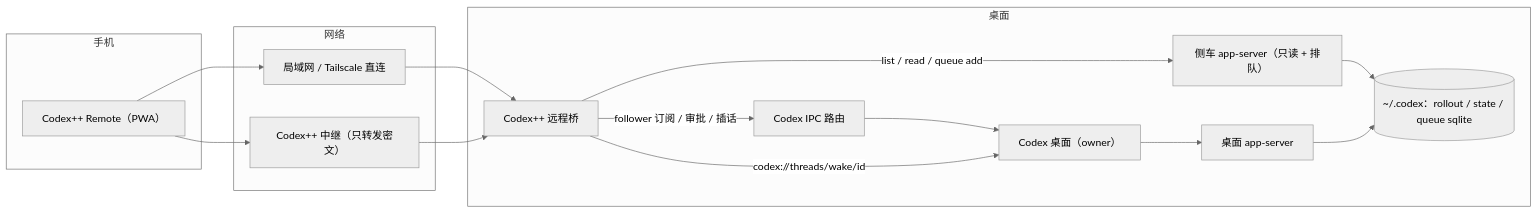
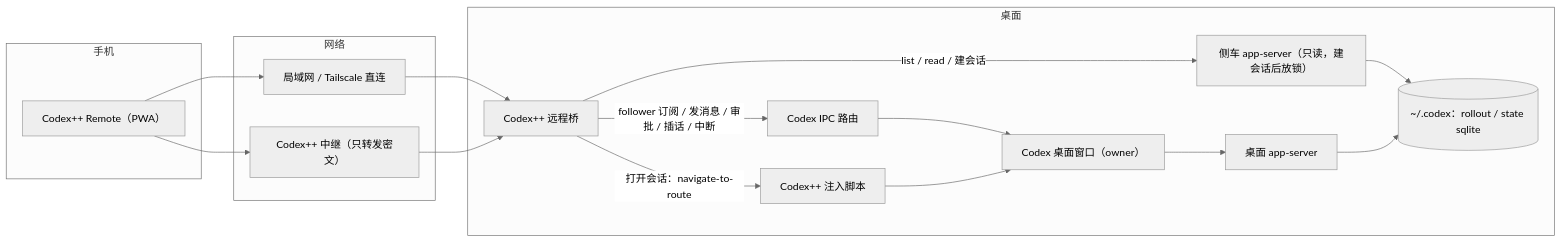
Before and after one commit to BigPizzaV3/CodexPlusPlus: the diagram in docs/reports/2026-11-15-remote-control-research.md, drawn with Mermaid (neutral theme). The commit also changed other lines of this file and 7 other files, not shown here.

First line of the commit message:
feat(remote-control): P0 协议验证——Codex IPC follower 参考实现与回归

````diff
--- a/docs/reports/2026-11-15-remote-control-research.md
+++ b/docs/reports/2026-11-15-remote-control-research.md
@@ -148,24 +153,25 @@
 ```mermaid
 flowchart LR
   subgraph Phone["手机"]
     PWA["Codex++ Remote（PWA）"]
   end
   subgraph Net["网络"]
     LAN["局域网 / Tailscale 直连"]
     Relay["Codex++ 中继（只转发密文）"]
   end
   subgraph Desktop["桌面"]
     Bridge["Codex++ 远程桥"]
-    Sidecar["侧车 app-server（只读 + 排队）"]
+    Sidecar["侧车 app-server（只读，建会话后放锁）"]
     IPC["Codex IPC 路由"]
-    Main["Codex 桌面（owner）"]
+    Inject["Codex++ 注入脚本"]
+    Main["Codex 桌面窗口（owner）"]
     AS["桌面 app-server"]
-    Store[("~/.codex：rollout / state / queue sqlite")]
+    Store[("~/.codex：rollout / state sqlite")]
   end
   PWA --> LAN --> Bridge
   PWA --> Relay --> Bridge
-  Bridge -->|"follower 订阅 / 审批 / 插话"| IPC --> Main --> AS
-  Bridge -->|"list / read / queue add"| Sidecar --> Store
-  Bridge -->|"codex://threads/wake/id"| Main
+  Bridge -->|"follower 订阅 / 发消息 / 审批 / 插话 / 中断"| IPC --> Main --> AS
+  Bridge -->|"list / read / 建会话"| Sidecar --> Store
+  Bridge -->|"打开会话：navigate-to-route"| Inject --> Main
   AS --> Store
 ```
````
